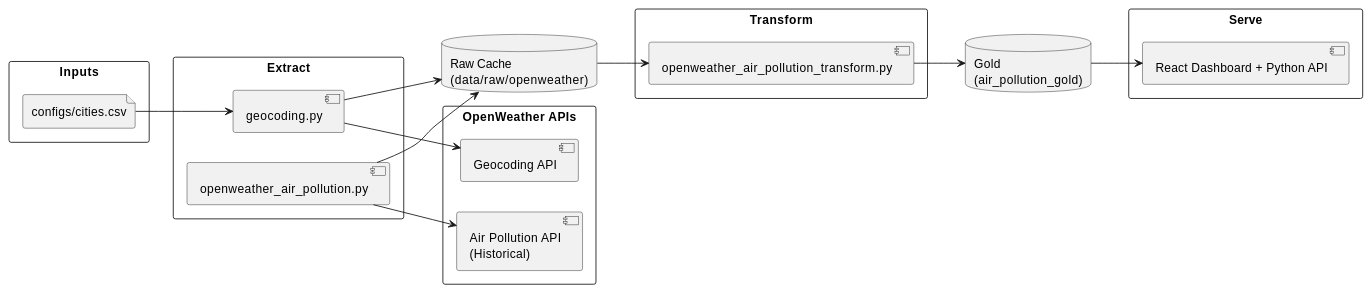
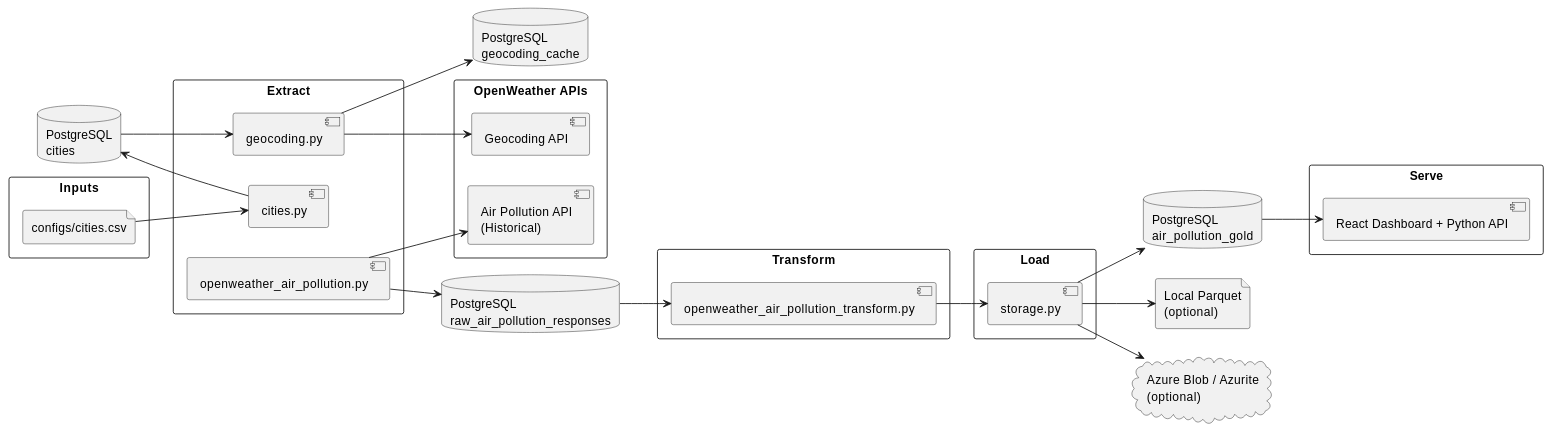
Before and after one commit to Code-the-Dream-School/practicum-city-air-tracker: the diagram in docs/architecture/data_flow_diagram.md, drawn with PlantUML. The commit also changed 14 other files, not shown here.

Commit message:
AIR-108 Update runtime architecture docs

````diff
--- a/docs/architecture/data_flow_diagram.md
+++ b/docs/architecture/data_flow_diagram.md
@@ -3,42 +3,56 @@
 ```plantuml
 @startuml
 left to right direction
 
 rectangle "Inputs" {
   file "configs/cities.csv" as CITIES
 }
 
 rectangle "OpenWeather APIs" {
   [Geocoding API] as GEOAPI
   [Air Pollution API\n(Historical)] as AIRAPI
 }
 
 rectangle "Extract" {
+  [cities.py] as CITIESMOD
   [geocoding.py] as GEO
   [openweather_air_pollution.py] as EX
 }
 
-database "Raw Cache\n(data/raw/openweather)" as RAW
+database "PostgreSQL\ncities" as CITYDB
+database "PostgreSQL\ngeocoding_cache" as GEOCACHE
+database "PostgreSQL\nraw_air_pollution_responses" as RAW
 
 rectangle "Transform" {
   [openweather_air_pollution_transform.py] as TR
 }
 
-database "Gold\n(air_pollution_gold)" as GOLD
+rectangle "Load" {
+  [storage.py] as LOAD
+}
+
+database "PostgreSQL\nair_pollution_gold" as GOLD
+file "Local Parquet\n(optional)" as PARQUET
+cloud "Azure Blob / Azurite\n(optional)" as BLOB
 rectangle "Serve" {
   [React Dashboard + Python API] as DASH
 }
 
-CITIES --> GEO
+CITIES --> CITIESMOD
+CITIESMOD --> CITYDB
+CITYDB --> GEO
 GEO --> GEOAPI
-GEO --> RAW
+GEO --> GEOCACHE
 
 EX --> AIRAPI
 EX --> RAW
 
 RAW --> TR
-TR --> GOLD
+TR --> LOAD
+LOAD --> GOLD
+LOAD --> PARQUET
+LOAD --> BLOB
 
 GOLD --> DASH
 @enduml
 ```
````
